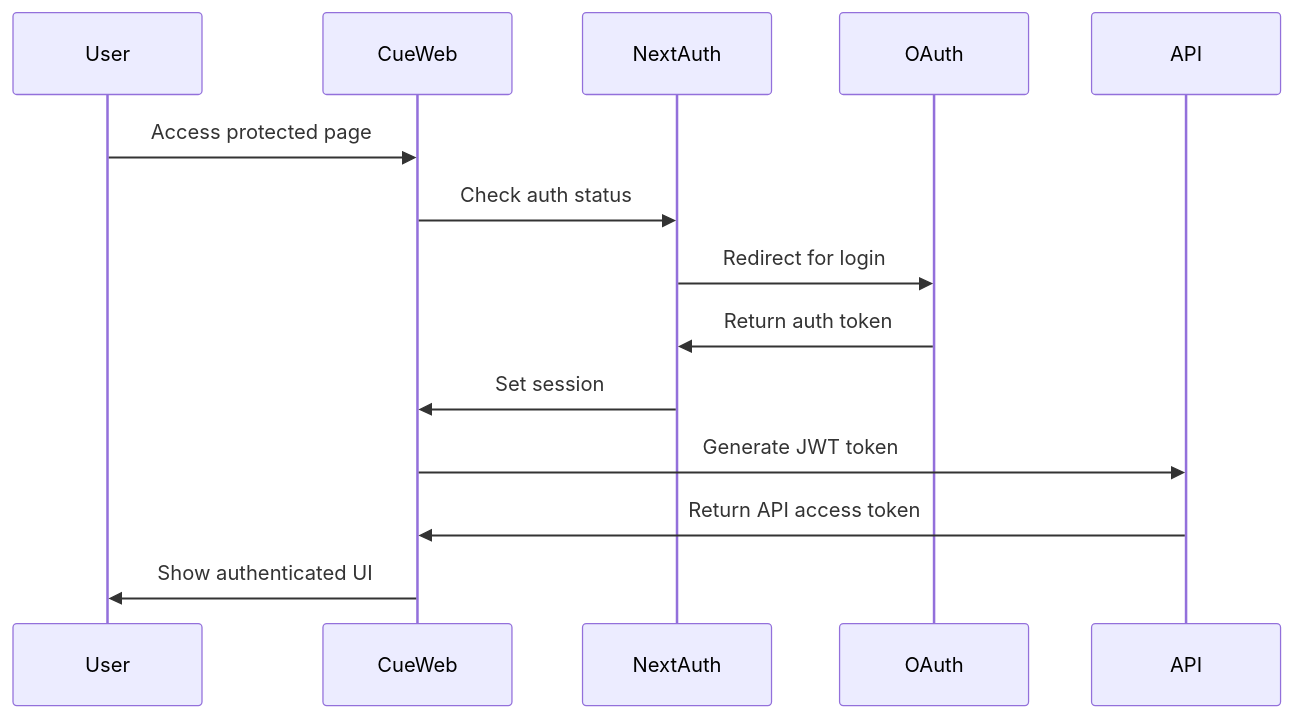
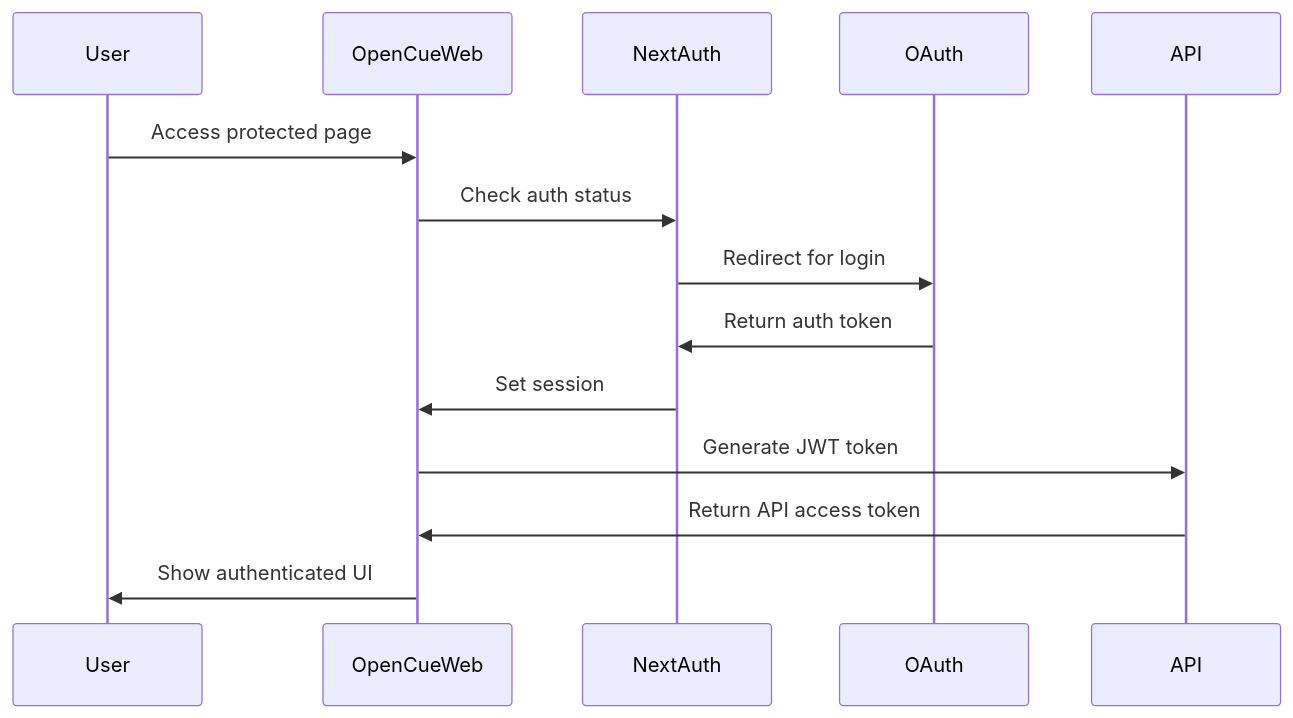
One commit to AcademySoftwareFoundation/OpenCue changed the second of 2 diagrams in docs/_docs/developer-guide/cueweb-development.md. Above: the diagram before and after it, drawn with Mermaid. The commit also changed other lines of this file and 24 other files, not shown here.

First line of the commit message:
[cueweb/docs] Rename CueWeb to OpenCueWeb across documentation (#2484)

```diff
--- a/docs/_docs/developer-guide/cueweb-development.md
+++ b/docs/_docs/developer-guide/cueweb-development.md
@@ -366,17 +366,17 @@
 <div class="mermaid">
 sequenceDiagram
     participant User
-    participant CueWeb
+    participant OpenCueWeb
     participant NextAuth
     participant OAuth
     participant API
 
-    User->>CueWeb: Access protected page
-    CueWeb->>NextAuth: Check auth status
+    User->>OpenCueWeb: Access protected page
+    OpenCueWeb->>NextAuth: Check auth status
     NextAuth->>OAuth: Redirect for login
     OAuth->>NextAuth: Return auth token
-    NextAuth->>CueWeb: Set session
-    CueWeb->>API: Generate JWT token
-    API->>CueWeb: Return API access token
-    CueWeb->>User: Show authenticated UI
+    NextAuth->>OpenCueWeb: Set session
+    OpenCueWeb->>API: Generate JWT token
+    API->>OpenCueWeb: Return API access token
+    OpenCueWeb->>User: Show authenticated UI
 </div>
```
